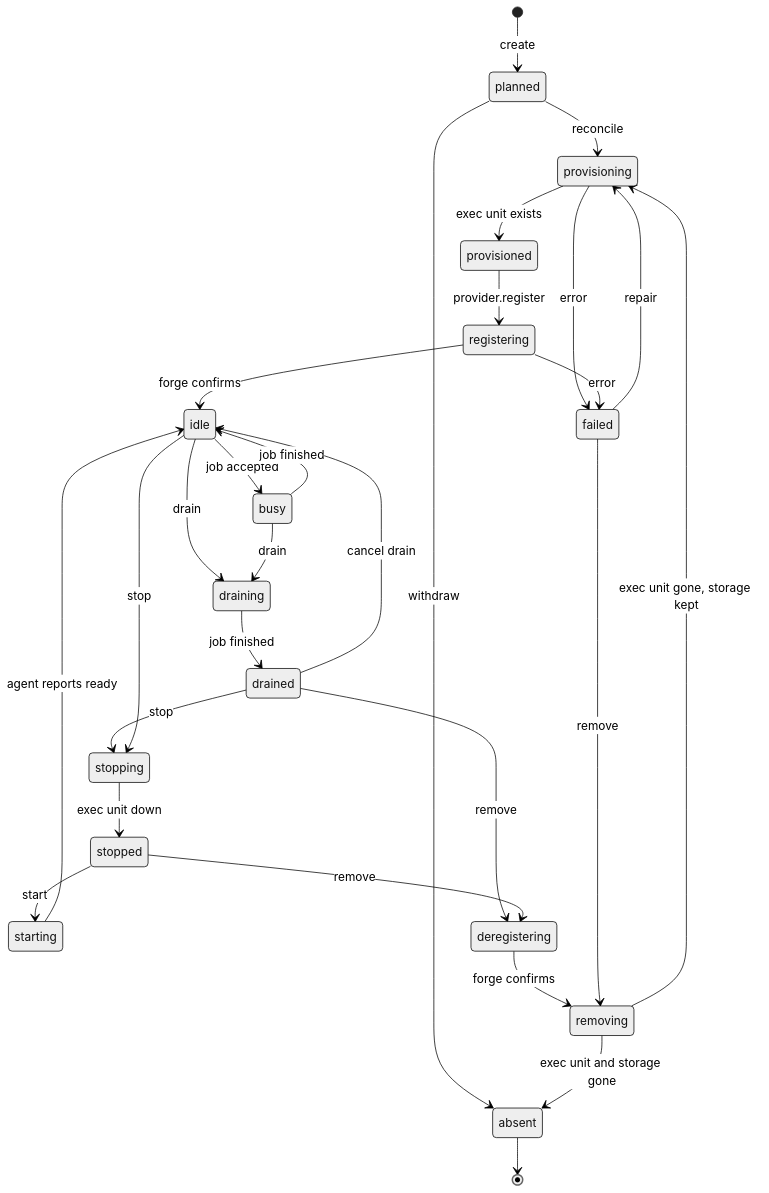
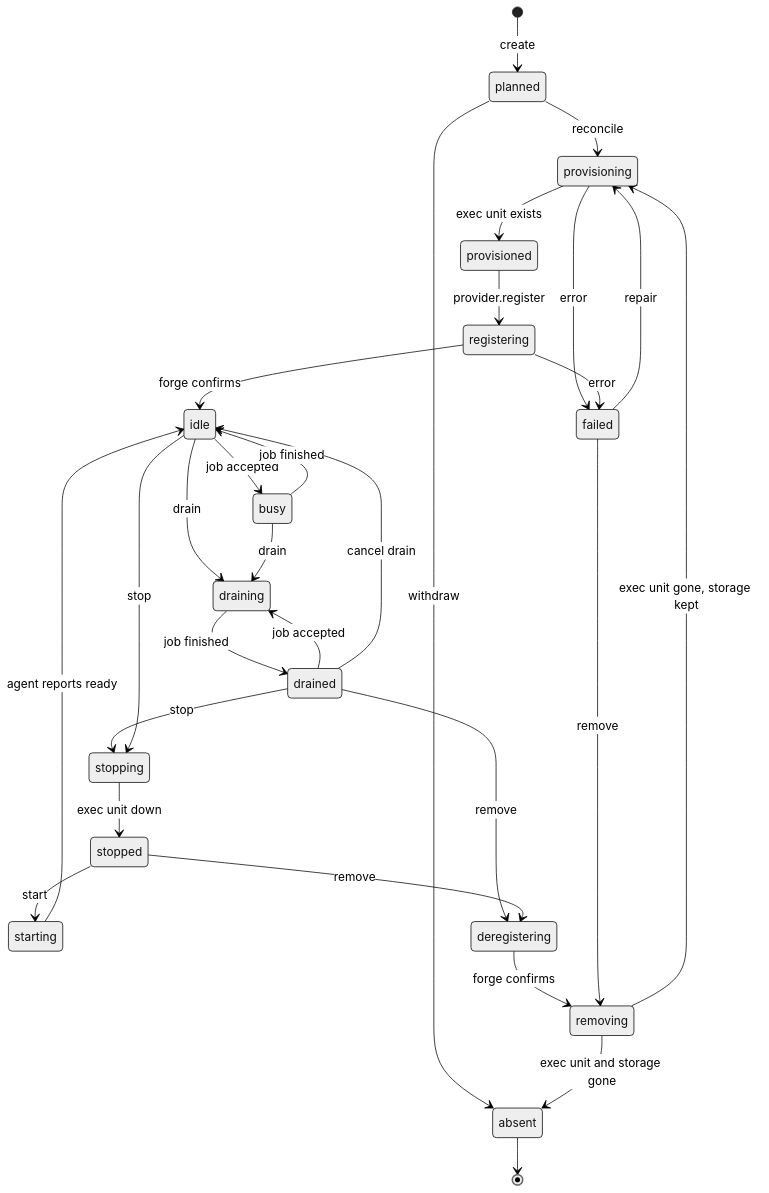
Before and after one commit to NoMercy-Entertainment/nomercy-github-runner: the fourth of 5 diagrams in docs/superpowers/specs/2026-09-17-uniform-hyperv-runner-platform-design.md, drawn with Mermaid (neutral theme). The commit also changed other lines of this file and 22 other files, not shown here.

````diff
--- a/docs/superpowers/specs/2026-09-17-uniform-hyperv-runner-platform-design.md
+++ b/docs/superpowers/specs/2026-09-17-uniform-hyperv-runner-platform-design.md
@@ -996,30 +996,31 @@
 ```mermaid
 stateDiagram-v2
   [*] --> planned: create
   planned --> provisioning: reconcile
   planned --> absent: withdraw
   provisioning --> provisioned: exec unit exists
   provisioning --> failed: error
   provisioned --> registering: provider.register
   registering --> idle: forge confirms
   registering --> failed: error
   idle --> busy: job accepted
   busy --> idle: job finished
   idle --> draining: drain
   busy --> draining: drain
   draining --> drained: job finished
+  drained --> draining: job accepted
   drained --> idle: cancel drain
   drained --> stopping: stop
   idle --> stopping: stop
   stopping --> stopped: exec unit down
   stopped --> starting: start
   starting --> idle: agent reports ready
   drained --> deregistering: remove
   stopped --> deregistering: remove
   deregistering --> removing: forge confirms
   removing --> absent: exec unit and storage gone
   removing --> provisioning: exec unit gone, storage kept
   failed --> provisioning: repair
   failed --> removing: remove
   absent --> [*]
 ```
````
